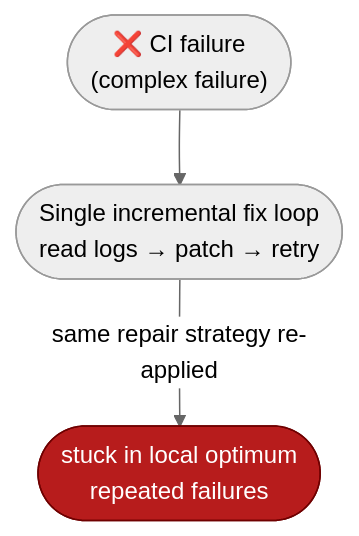
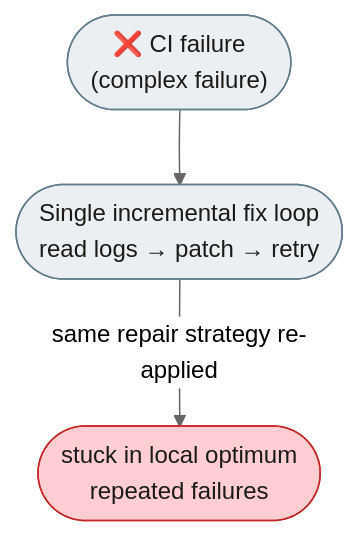
One commit to michaelatamuk/agentic-desk changed the first of 3 diagrams in docs-michael/issues/03-feat-auto-harness-best-of-n.md. Above: the diagram before and after it, drawn with Mermaid (neutral theme). The commit also changed other lines of this file and 6 other files, not shown here.

````diff
--- a/docs-michael/issues/03-feat-auto-harness-best-of-n.md
+++ b/docs-michael/issues/03-feat-auto-harness-best-of-n.md
@@ -27,13 +27,14 @@
 ```mermaid
 flowchart TD
-    classDef fail fill:#B71C1C,color:#fff,stroke:#6f0000
+    classDef fail  fill:#FFCDD2,color:#1a1a1a,stroke:#C62828
+    classDef plain fill:#ECEFF1,color:#1a1a1a,stroke:#607D8B
 
     CI(["❌ CI failure
-    (complex failure)"])
+    (complex failure)"]):::plain
 
     CI --> LOOP(["Single incremental fix loop
-    read logs → patch → retry"])
+    read logs → patch → retry"]):::plain
 
     LOOP -->|"same repair strategy re-applied"| STUCK(["stuck in local optimum
     repeated failures"]):::fail
 ```
````
